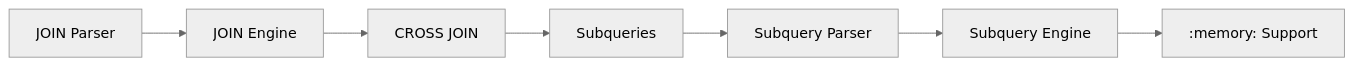
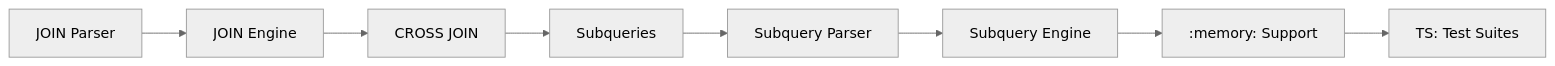
The diagram in docs/plan-v0.3.x.md (cyw0ng95/sqlvibe), drawn with Mermaid (neutral theme) before and after one commit. The commit also changed other lines of this file, not shown here.

First line of the commit message:
docs: Update plan-v0.3.x - add TS Test Suites subsystem task

````diff
--- a/docs/plan-v0.3.x.md
+++ b/docs/plan-v0.3.x.md
@@ -22,9 +23,10 @@
 ```mermaid
 graph LR
     P[JOIN Parser] --> E[JOIN Engine]
     E --> CJ[CROSS JOIN]
     CJ --> SQ[Subqueries]
     SQ --> SQ_P[Subquery Parser]
     SQ_P --> SQ_E[Subquery Engine]
     SQ_E --> MEM[:memory: Support]
+    MEM --> TS[TS: Test Suites]
 ```
````
